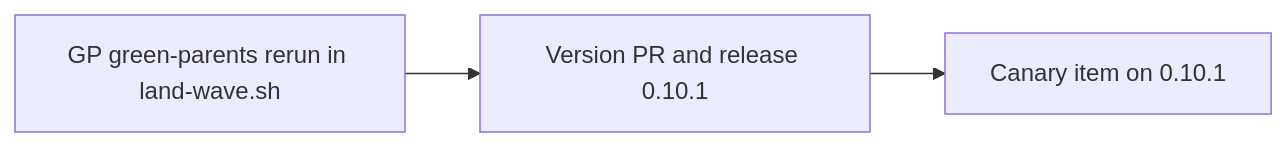
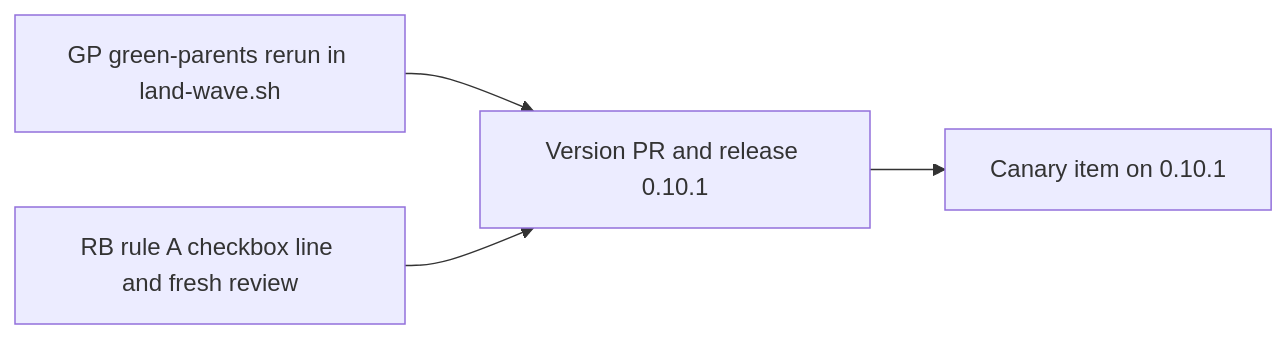
Before and after one commit to alfhen/agent-pr-pipeline: the diagram in docs/plan-0.10.1.md, drawn with Mermaid. The commit also changed other lines of this file, not shown here.

Commit message:
Plan 0.10.1: parents green by the failed check's name; add RB for #903

````diff
--- a/docs/plan-0.10.1.md
+++ b/docs/plan-0.10.1.md
@@ -42,4 +47,6 @@
 ```mermaid
 flowchart LR
-  GP[GP green-parents rerun in land-wave.sh] --> V[Version PR and release 0.10.1] --> C[Canary item on 0.10.1]
+  GP[GP green-parents rerun in land-wave.sh] --> V[Version PR and release 0.10.1]
+  RB[RB rule A checkbox line and fresh review] --> V
+  V --> C[Canary item on 0.10.1]
 ```
````
